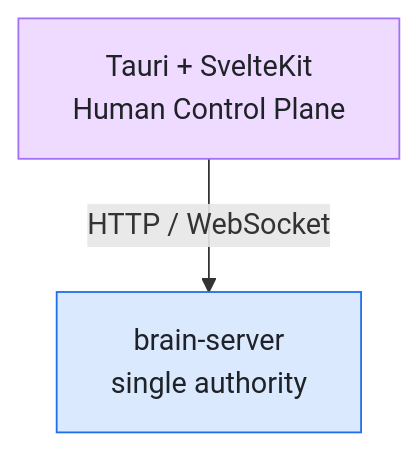
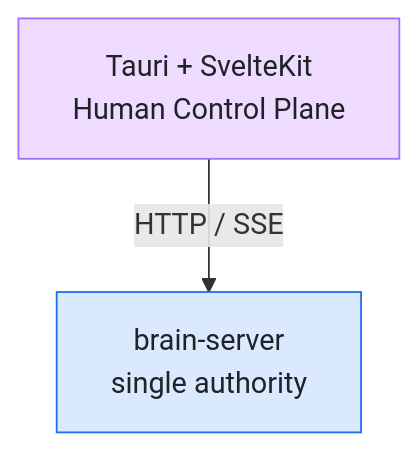
The second of 4 diagrams in README.md (markfietje/brain-server), drawn with Mermaid before and after one commit. The commit also changed other lines of this file and 1 other file, not shown here.

````diff
--- a/README.md
+++ b/README.md
@@ -246,10 +246,10 @@
 ```mermaid
 flowchart TD
     GUI["Tauri + SvelteKit<br/>Human Control Plane"]
-    GUI -->|"HTTP / WebSocket"| Server["brain-server<br/>single authority"]
+    GUI -->|"HTTP / SSE"| Server["brain-server<br/>single authority"]
 
     classDef gui fill:#efdbff,stroke:#a371f7,color:#1f2328
     classDef srv fill:#dbe9ff,stroke:#1f6feb,color:#1f2328
     class GUI gui
     class Server srv
 ```
````
